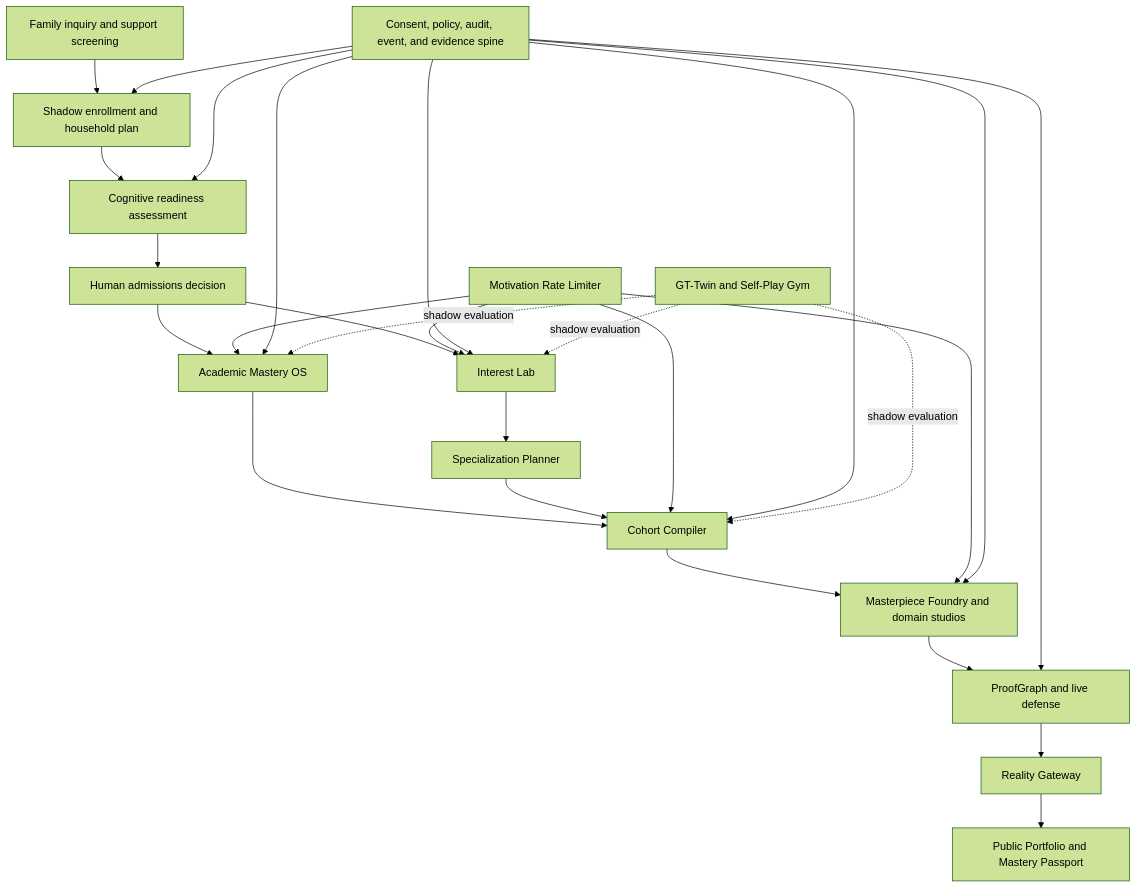
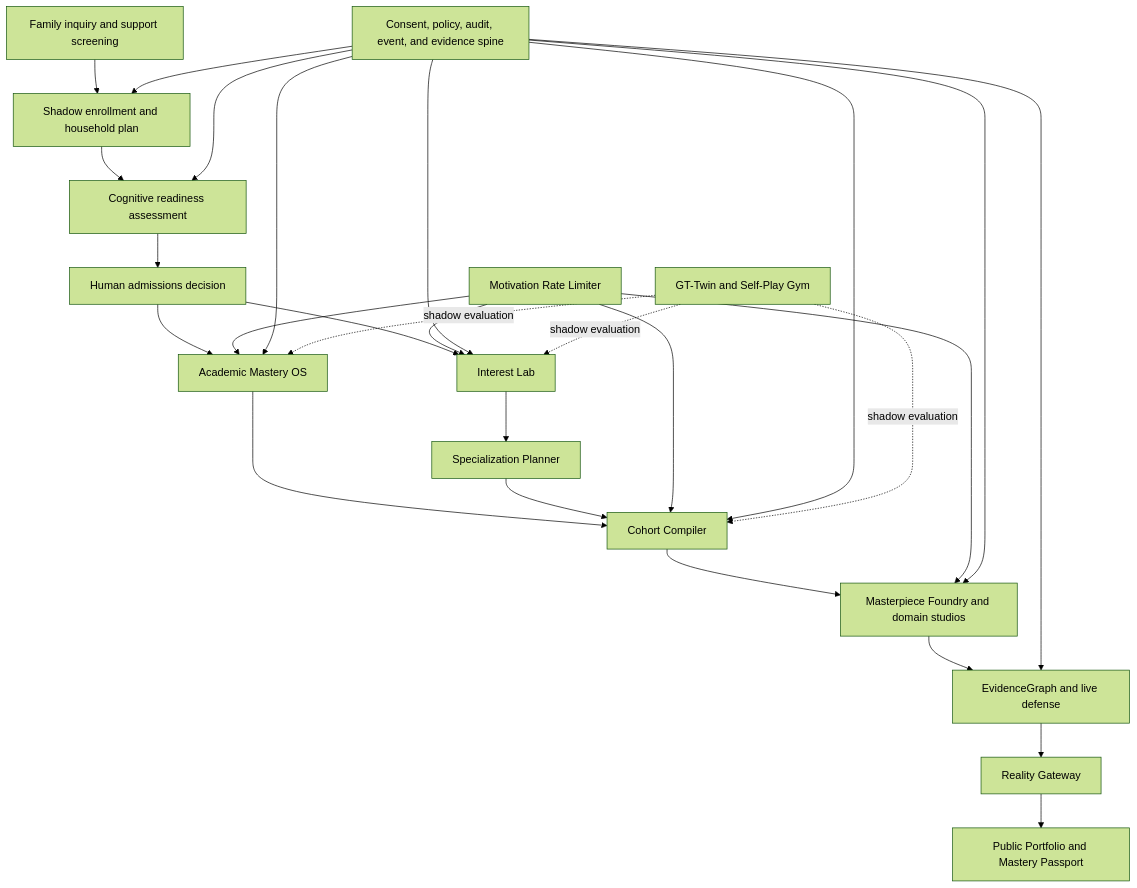
One commit to spinkicks/gt100k changed the first of 4 diagrams in PRD.md. Above: the diagram before and after it, drawn with Mermaid (forest theme). The commit also changed other lines of this file, not shown here.

````diff
--- a/PRD.md
+++ b/PRD.md
@@ -238,29 +296,29 @@
 ```mermaid
 flowchart TD
     A["Family inquiry and support screening"] --> B["Shadow enrollment and household plan"]
     B --> C["Cognitive readiness assessment"]
     C --> D["Human admissions decision"]
     D --> E["Academic Mastery OS"]
     D --> F["Interest Lab"]
     F --> G["Specialization Planner"]
     E --> H["Cohort Compiler"]
     G --> H
     H --> I["Masterpiece Foundry and domain studios"]
-    I --> J["ProofGraph and live defense"]
+    I --> J["EvidenceGraph and live defense"]
     J --> K["Reality Gateway"]
     K --> L["Public Portfolio and Mastery Passport"]
     M["Motivation Rate Limiter"] --> E
     M --> F
     M --> H
     M --> I
     N["Consent, policy, audit, event, and evidence spine"] --> B
     N --> C
     N --> E
     N --> F
     N --> H
     N --> I
     N --> J
     O["GT-Twin and Self-Play Gym"] -. shadow evaluation .-> E
     O -. shadow evaluation .-> F
     O -. shadow evaluation .-> H
 ```
````
